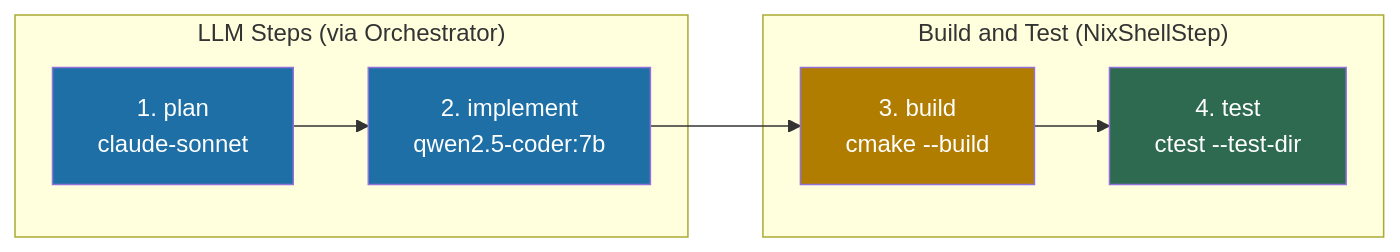
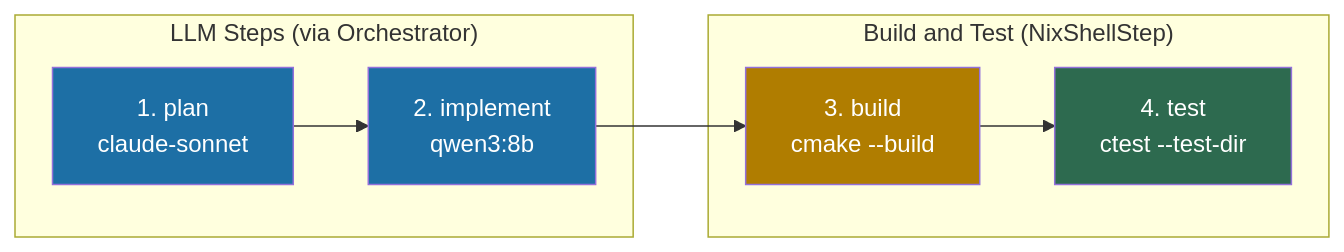
Before and after one commit to vansweej/ai-coding: the first of 2 diagrams in docs/cmake-pipeline.md, drawn with Mermaid. The commit also changed other lines of this file and 18 other files, not shown here.

````diff
--- a/docs/cmake-pipeline.md
+++ b/docs/cmake-pipeline.md
@@ -16,19 +16,19 @@
 ```mermaid
 flowchart LR
     subgraph LLM["LLM Steps (via Orchestrator)"]
         Plan["1. plan\nclaude-sonnet"]
-        Impl["2. implement\nqwen2.5-coder:7b"]
+        Impl["2. implement\nqwen3:8b"]
     end
 
     subgraph Build["Build and Test (NixShellStep)"]
         CMake["3. build\ncmake --build"]
         CTest["4. test\nctest --test-dir"]
     end
 
     Plan --> Impl --> CMake --> CTest
 
     style Plan fill:#1d6fa5,color:#fff
     style Impl fill:#1d6fa5,color:#fff
     style CMake fill:#b07d00,color:#fff
     style CTest fill:#2d6a4f,color:#fff
 ```
````
